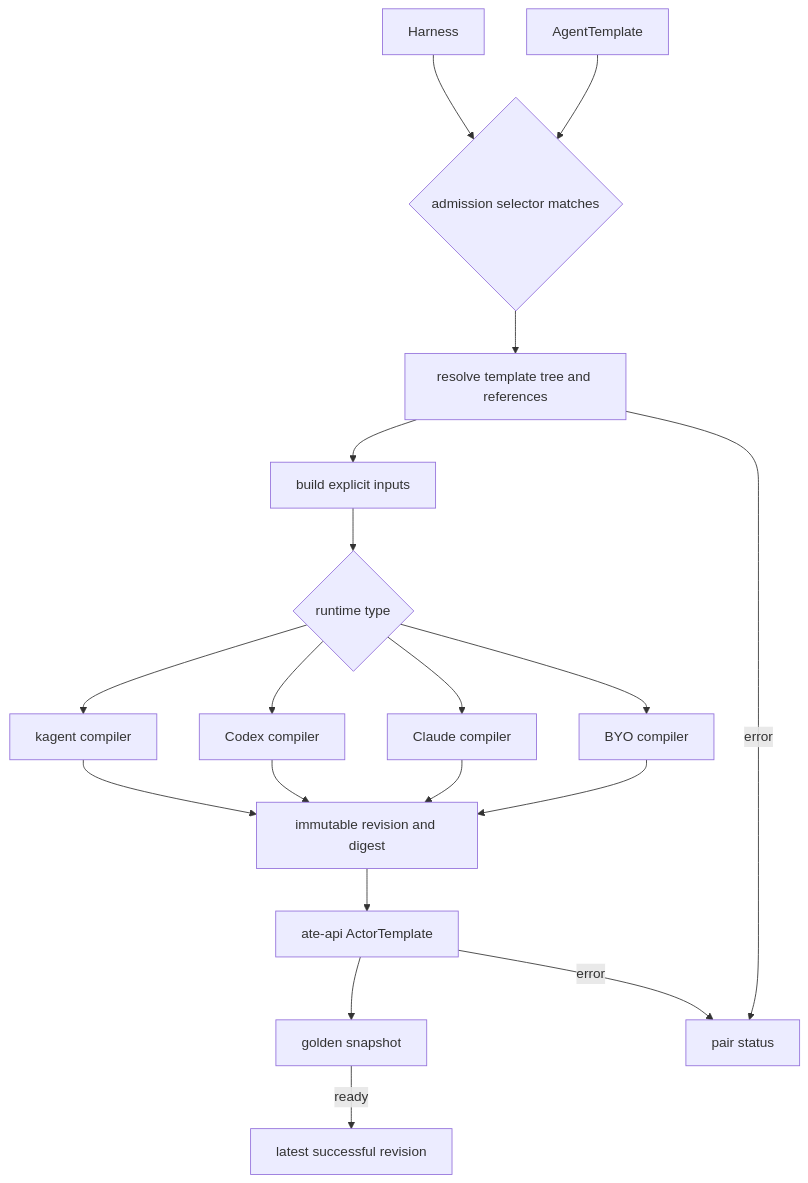
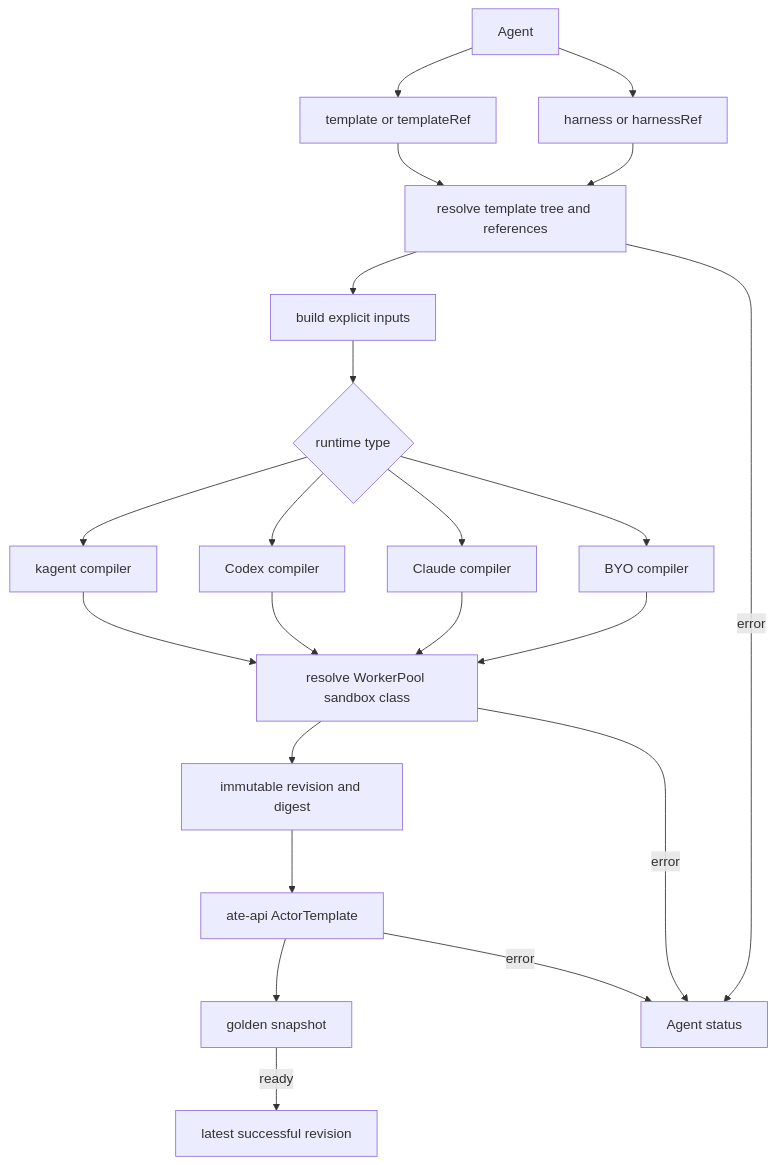
Before and after one commit to kagent-dev/kagent: the diagram in docs/architecture/configuration-and-compilation.md, drawn with Mermaid. The commit also changed other lines of this file and 792 other files, not shown here.

````diff
--- a/docs/architecture/configuration-and-compilation.md
+++ b/docs/architecture/configuration-and-compilation.md
@@ -24,21 +63,24 @@
 ```mermaid
 flowchart TD
-    H[Harness] --> MATCH{admission selector matches}
-    AT[AgentTemplate] --> MATCH
-    MATCH --> RESOLVE[resolve template tree and references]
+    A[Agent] --> T[template or templateRef]
+    A --> H[harness or harnessRef]
+    T --> RESOLVE[resolve template tree and references]
+    H --> RESOLVE
     RESOLVE --> INPUTS[build explicit inputs]
     INPUTS --> REGISTRY{runtime type}
     REGISTRY --> K[kagent compiler]
     REGISTRY --> X[Codex compiler]
     REGISTRY --> C[Claude compiler]
     REGISTRY --> B[BYO compiler]
-    K --> REV[immutable revision and digest]
-    X --> REV
-    C --> REV
-    B --> REV
+    K --> POOL[resolve WorkerPool sandbox class]
+    X --> POOL
+    C --> POOL
+    B --> POOL
+    POOL --> REV[immutable revision and digest]
+    POOL -->|error| STATUS
     REV --> ATE[ate-api ActorTemplate]
     ATE --> GOLDEN[golden snapshot]
     GOLDEN -->|ready| LATEST[latest successful revision]
-    RESOLVE -->|error| STATUS[pair status]
+    RESOLVE -->|error| STATUS[Agent status]
     ATE -->|error| STATUS
 ```
````
